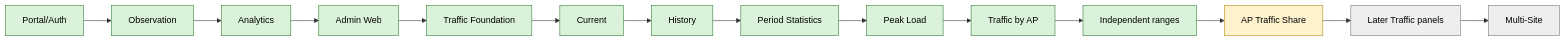
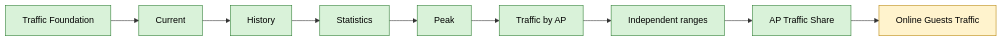
One commit to ZaurNavi/CaptivePortal changed diagram 16 of 18 in README.md. Above: the diagram before and after it, drawn with Mermaid. The commit also changed other lines of this file and 11 other files, not shown here.

````diff
--- a/README.md
+++ b/README.md
@@ -794,20 +763,6 @@
 ```mermaid
 flowchart LR
-    P[Portal/Auth]:::done --> O[Observation]:::done
-    O --> A[Analytics]:::done
-    A --> W[Admin Web]:::done
-    W --> T0[Traffic Foundation]:::done
-    T0 --> T1[Current]:::done
-    T1 --> T2[History]:::done
-    T2 --> T3[Period Statistics]:::done
-    T3 --> T4[Peak Load]:::done
-    T4 --> T5[Traffic by AP]:::done
-    T5 --> R[Independent ranges]:::done
-    R --> T6[AP Traffic Share]:::next
-    T6 --> TP[Later Traffic panels]:::future
-    TP --> MS[Multi-Site]:::future
-
+    T0[Traffic Foundation]:::done --> T1[Current]:::done --> T2[History]:::done --> T3[Statistics]:::done --> T4[Peak]:::done --> T5[Traffic by AP]:::done --> R[Independent ranges]:::done --> T6[AP Traffic Share]:::done --> T7[Online Guests Traffic]:::next
     classDef done fill:#d9f2d9,stroke:#2e7d32,color:#000;
     classDef next fill:#fff3cd,stroke:#b8860b,color:#000;
-    classDef future fill:#eeeeee,stroke:#777,color:#000;
 ```
````
